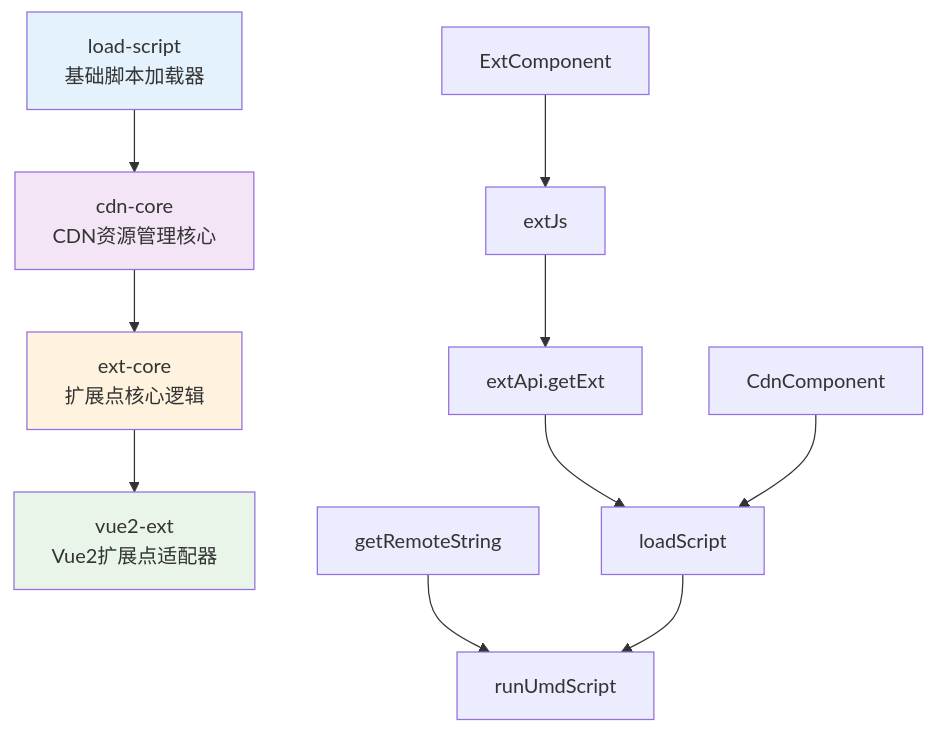
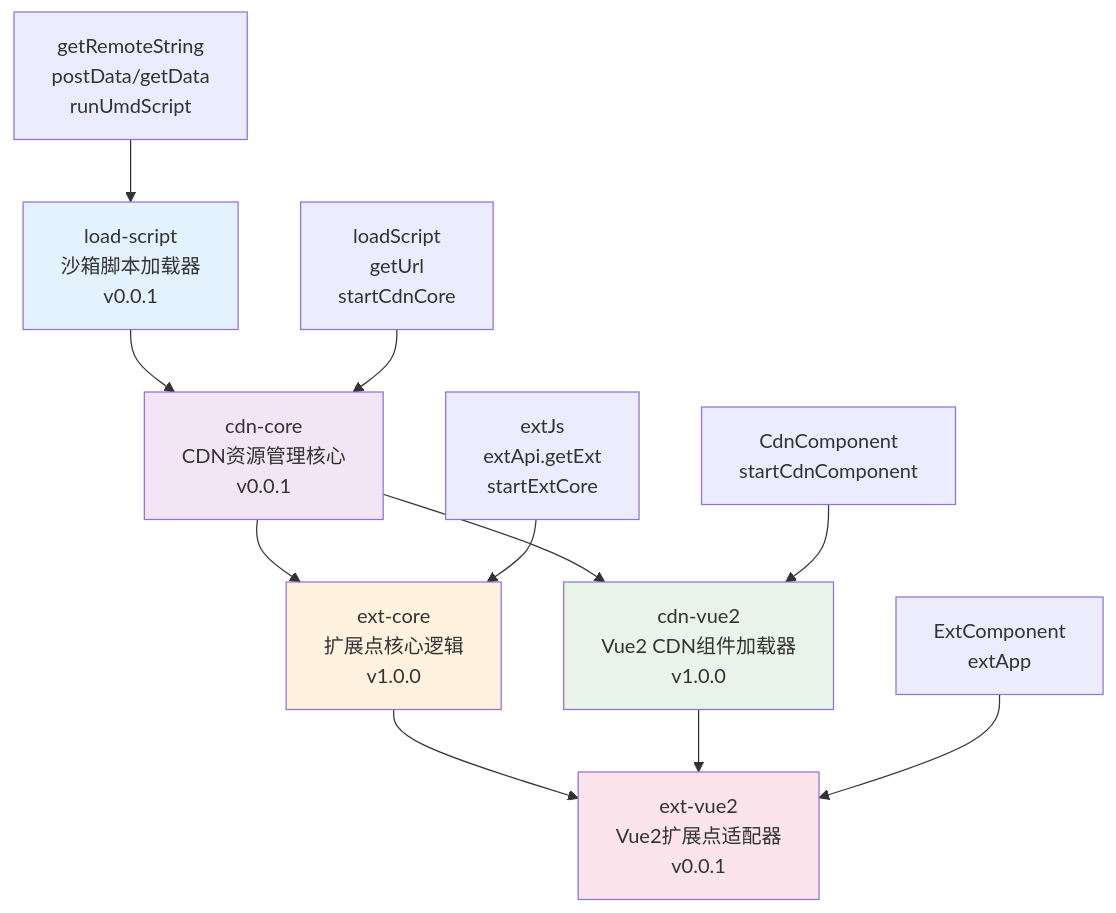
Before and after one commit to xxld0125/frontend-utils: the diagram in DEVELOPMENT_PLAN.md, drawn with Mermaid. The commit also changed other lines of this file and 12 other files, not shown here.

````diff
--- a/DEVELOPMENT_PLAN.md
+++ b/DEVELOPMENT_PLAN.md
@@ -17,18 +17,20 @@
 ```mermaid
 graph TD
-    A[load-script<br/>基础脚本加载器] --> B[cdn-core<br/>CDN资源管理核心]
-    B --> C[ext-core<br/>扩展点核心逻辑]
-    C --> D[vue2-ext<br/>Vue2扩展点适配器]
+    A[load-script<br/>沙箱脚本加载器<br/>v0.0.1] --> B[cdn-core<br/>CDN资源管理核心<br/>v0.0.1]
+    B --> C[ext-core<br/>扩展点核心逻辑<br/>v1.0.0]
+    B --> D[cdn-vue2<br/>Vue2 CDN组件加载器<br/>v1.0.0]
+    C --> E[ext-vue2<br/>Vue2扩展点适配器<br/>v0.0.1]
+    D --> E
 
-    A1[getRemoteString] --> A2[runUmdScript]
-    B1[loadScript] --> A2
-    C1[extJs] --> C2[extApi.getExt]
-    C2 --> B1
-    D1[ExtComponent] --> C1
-    D2[CdnComponent] --> B1
+    A1[getRemoteString<br/>postData/getData<br/>runUmdScript] --> A
+    B1[loadScript<br/>getUrl<br/>startCdnCore] --> B
+    C1[extJs<br/>extApi.getExt<br/>startExtCore] --> C
+    D1[CdnComponent<br/>startCdnComponent] --> D
+    E1[ExtComponent<br/>extApp] --> E
 
     style A fill:#e3f2fd
     style B fill:#f3e5f5
     style C fill:#fff3e0
     style D fill:#e8f5e8
+    style E fill:#fce4ec
 ```
````
